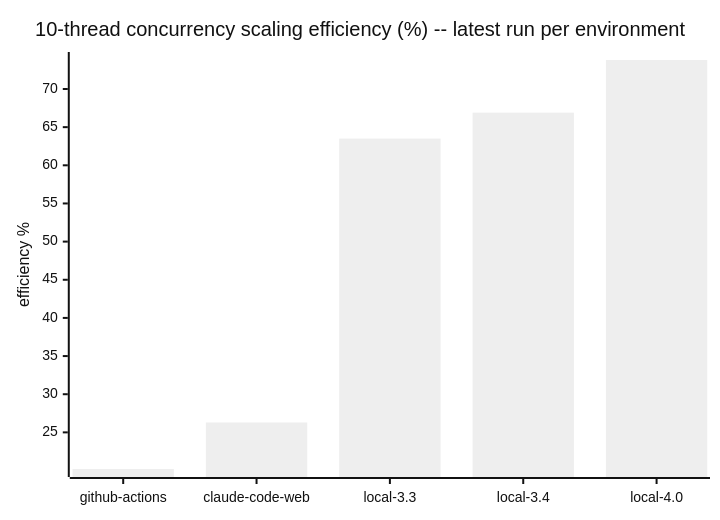
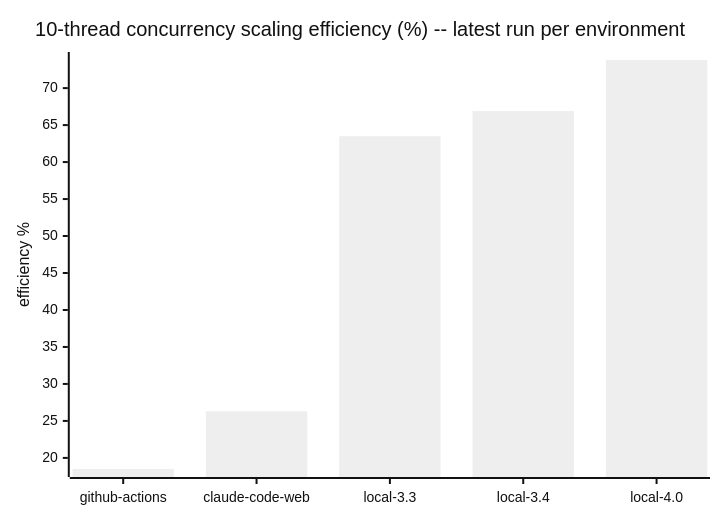
Before and after one commit to cpb/duckling: the seventh of 7 diagrams in docs/benchmarks/README.md, drawn with Mermaid (neutral theme). The commit also changed other lines of this file and 1 other file, not shown here.

````diff
--- a/docs/benchmarks/README.md
+++ b/docs/benchmarks/README.md
@@ -223,7 +223,7 @@
 ```mermaid
 xychart-beta
     title "10-thread concurrency scaling efficiency (%) -- latest run per environment"
     x-axis [github-actions, claude-code-web, local-3.3, local-3.4, local-4.0]
     y-axis "efficiency %"
-    bar "efficiency_pct" [20.2, 26.3, 63.5, 66.9, 73.8]
+    bar "efficiency_pct" [18.5, 26.3, 63.5, 66.9, 73.8]
 ```
````
